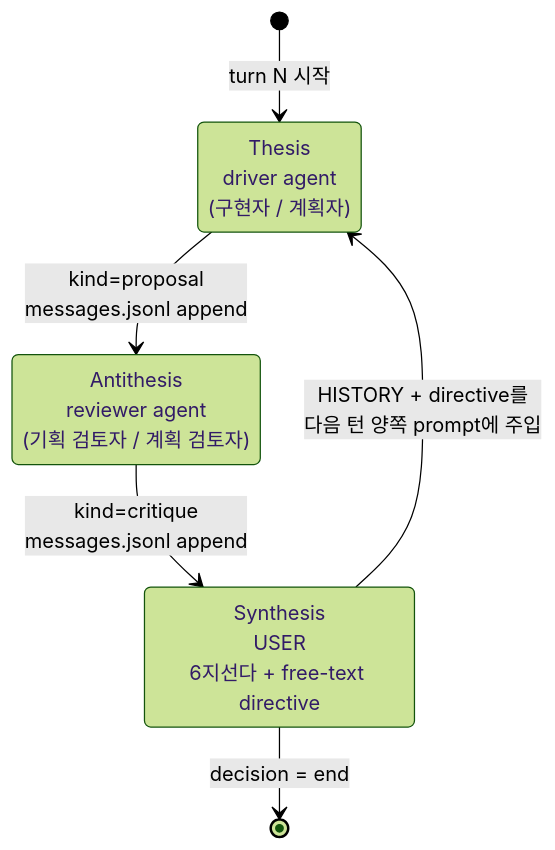
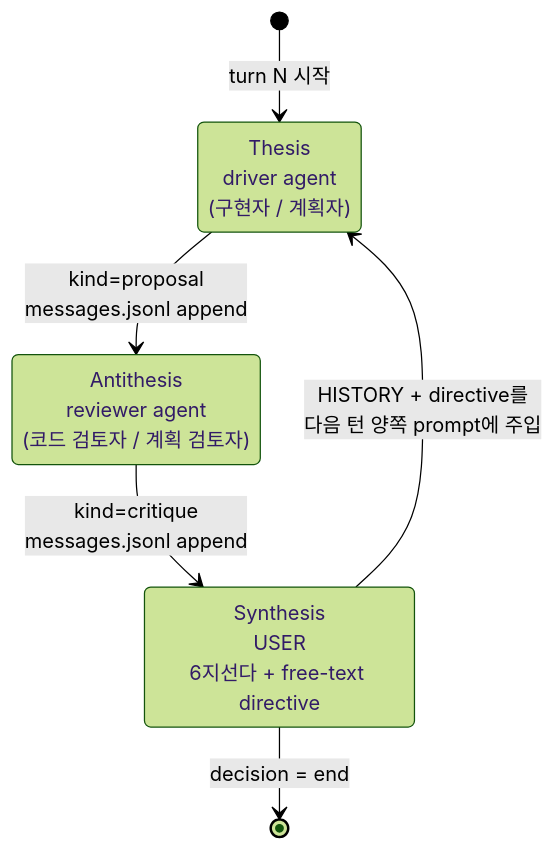
One commit to shinjw4929/Dialectic-CLI changed the first of 3 diagrams in docs/dev-docs/architecture.md. Above: the diagram before and after it, drawn with Mermaid (forest theme). The commit also changed other lines of this file and 8 other files, not shown here.

````diff
--- a/docs/dev-docs/architecture.md
+++ b/docs/dev-docs/architecture.md
@@ -21,12 +21,12 @@
 ```mermaid
 stateDiagram-v2
     [*] --> Thesis: turn N 시작
     Thesis: Thesis<br/>driver agent<br/>(구현자 / 계획자)
-    Antithesis: Antithesis<br/>reviewer agent<br/>(기획 검토자 / 계획 검토자)
+    Antithesis: Antithesis<br/>reviewer agent<br/>(코드 검토자 / 계획 검토자)
     Synthesis: Synthesis<br/>USER<br/>6지선다 + free-text directive
 
     Thesis --> Antithesis: kind=proposal<br/>messages.jsonl append
     Antithesis --> Synthesis: kind=critique<br/>messages.jsonl append
     Synthesis --> Thesis: HISTORY + directive를<br/>다음 턴 양쪽 prompt에 주입
     Synthesis --> [*]: decision = end
 ```
````
